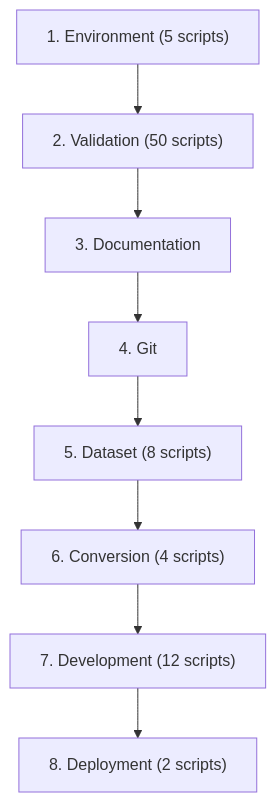
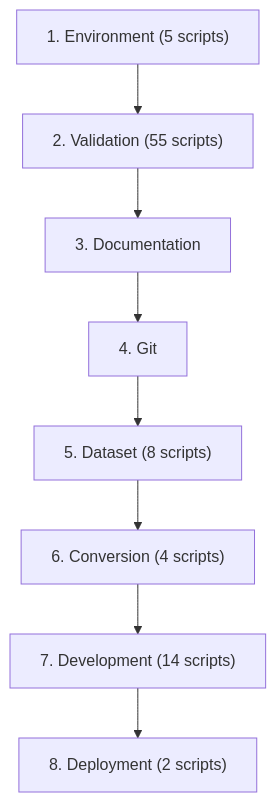
The second of 3 diagrams in scripts/README.md (chanuka8/argus-gait-recognition), drawn with Mermaid before and after one commit. The commit also changed other lines of this file and 74 other files, not shown here.

````diff
--- a/scripts/README.md
+++ b/scripts/README.md
@@ -1031,18 +1139,18 @@
 ```mermaid
 flowchart TD
     step1["1. Environment (5 scripts)"]
-    step2["2. Validation (50 scripts)"]
+    step2["2. Validation (55 scripts)"]
     step1 --> step2
     step3["3. Documentation"]
     step2 --> step3
     step4["4. Git"]
     step3 --> step4
     step5["5. Dataset (8 scripts)"]
     step4 --> step5
     step6["6. Conversion (4 scripts)"]
     step5 --> step6
-    step7["7. Development (12 scripts)"]
+    step7["7. Development (14 scripts)"]
     step6 --> step7
     step8["8. Deployment (2 scripts)"]
     step7 --> step8
 ```
````
